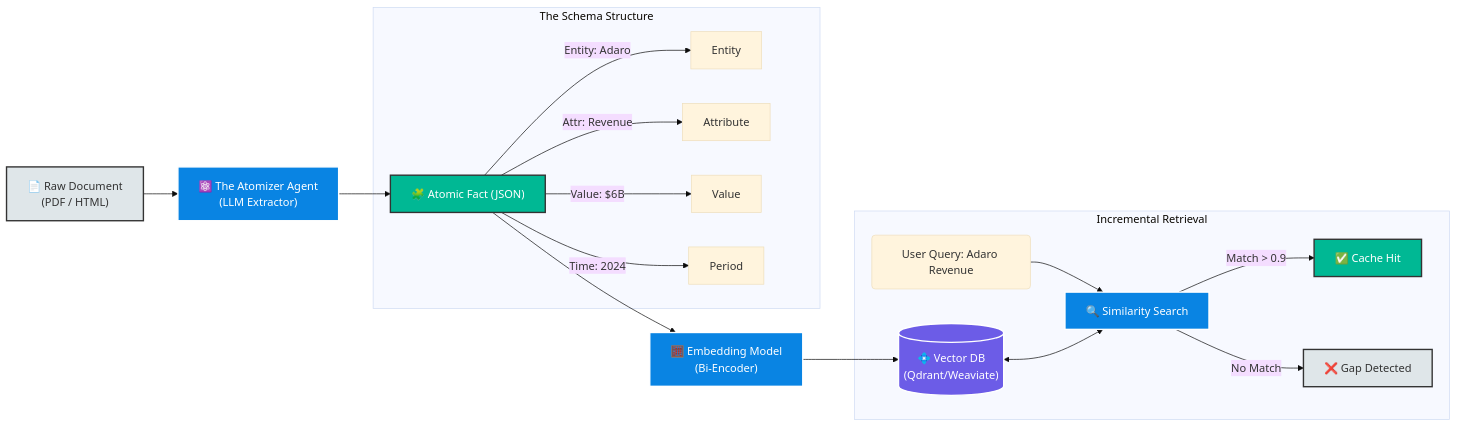
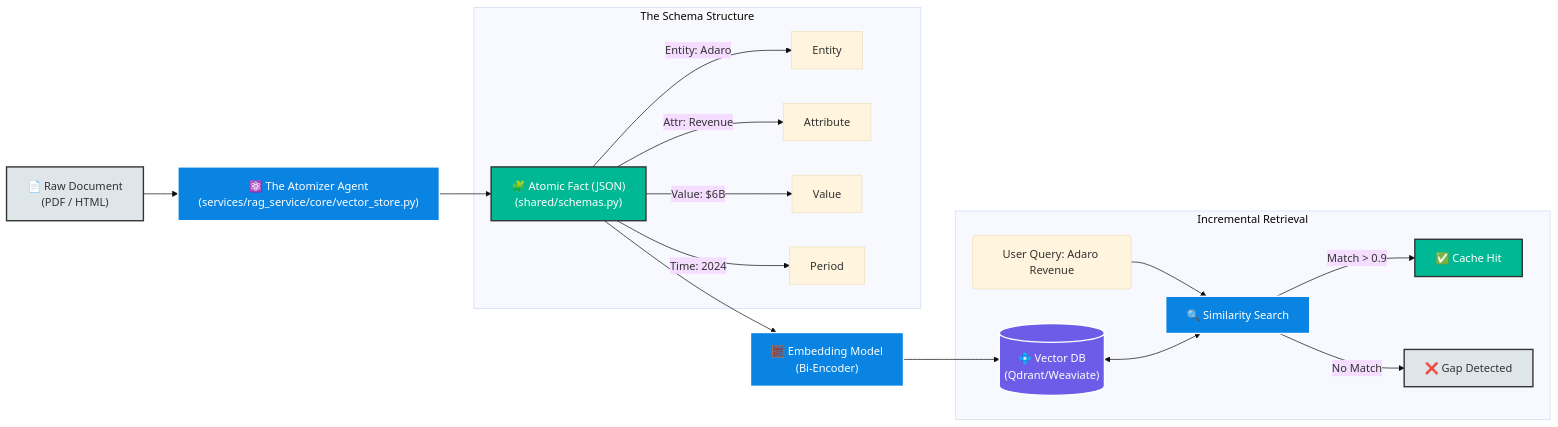
Before and after one commit to azzindani/Kea: the ninth of 16 diagrams in README.md, drawn with Mermaid (base theme). The commit also changed other lines of this file, not shown here.

Commit message:
docs: Add file path references to Mermaid diagrams in README.md for improved clarity.

````diff
--- a/README.md
+++ b/README.md
@@ -783,33 +782,33 @@
 ```mermaid
 graph LR
     %% --- STYLES ---
     classDef raw fill:#dfe6e9,stroke:#333,stroke-width:2px,color:#333;
     classDef process fill:#0984e3,stroke:#fff,stroke-width:2px,color:#fff;
     classDef schema fill:#00b894,stroke:#333,stroke-width:2px,color:#fff;
     classDef db fill:#6c5ce7,stroke:#fff,stroke-width:2px,color:#fff;
 
     %% --- INGESTION ---
-    RawDoc["📄 Raw Document<br/>(PDF / HTML)"]:::raw --> Atomizer["⚛️ The Atomizer Agent<br/>(LLM Extractor)"]:::process
+    RawDoc["📄 Raw Document<br/>(PDF / HTML)"]:::raw --> Atomizer["⚛️ The Atomizer Agent<br/>(services/rag_service/core/vector_store.py)"]:::process
 
     %% --- THE SCHEMA TRANSFORMATION ---
-    Atomizer --> FactJSON["🧩 Atomic Fact (JSON)"]:::schema
+    Atomizer --> FactJSON["🧩 Atomic Fact (JSON)<br/>(shared/schemas.py)"]:::schema
     
     subgraph SchemaDetail ["The Schema Structure"]
         FactJSON --"Entity: Adaro"--> F1["Entity"]
         FactJSON --"Attr: Revenue"--> F2["Attribute"]
         FactJSON --"Value: $6B"--> F3["Value"]
         FactJSON --"Time: 2024"--> F4["Period"]
     end
 
     %% --- STORAGE ---
     FactJSON --> Embedder["🧮 Embedding Model<br/>(Bi-Encoder)"]:::process
     Embedder --> VectorDB[("💠 Vector DB<br/>(Qdrant/Weaviate)")]:::db
 
     %% --- RETRIEVAL FLOW ---
     subgraph Recall ["Incremental Retrieval"]
         Query("User Query: Adaro Revenue") --> Search["🔍 Similarity Search"]:::process
         VectorDB <--> Search
         Search --"Match > 0.9"--> Hit["✅ Cache Hit"]:::schema
         Search --"No Match"--> Miss["❌ Gap Detected"]:::raw
     end
 ```
````
